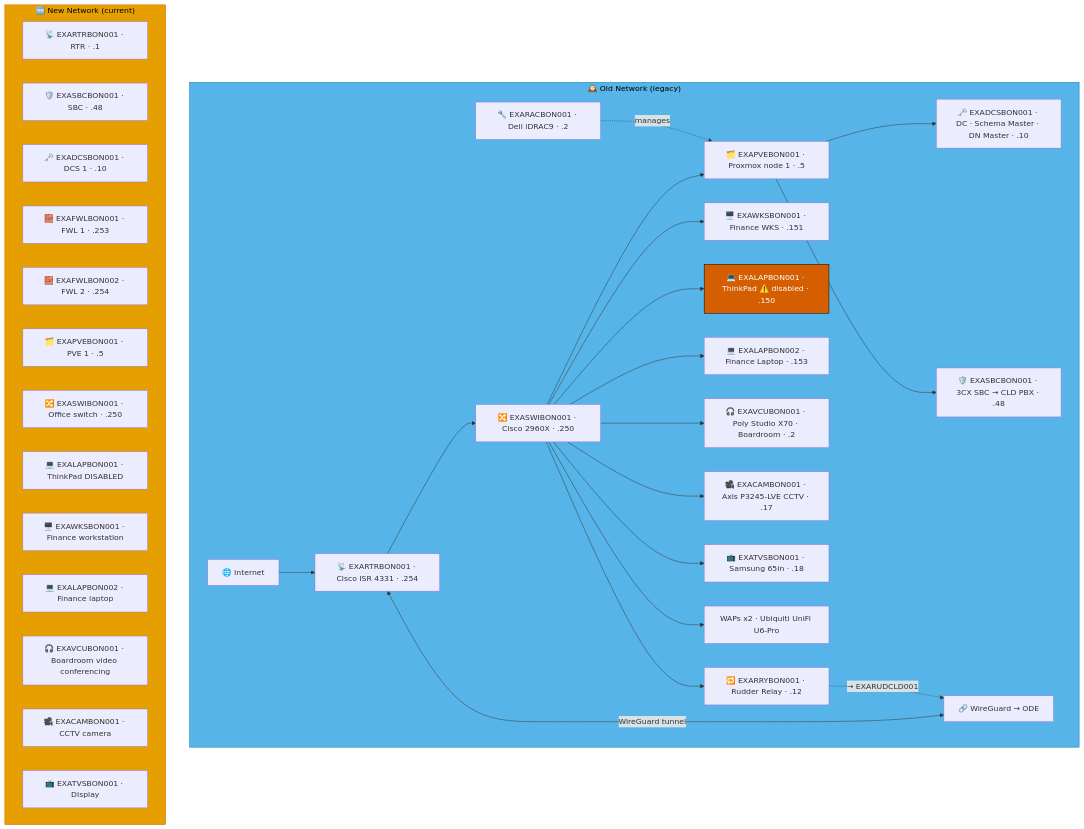
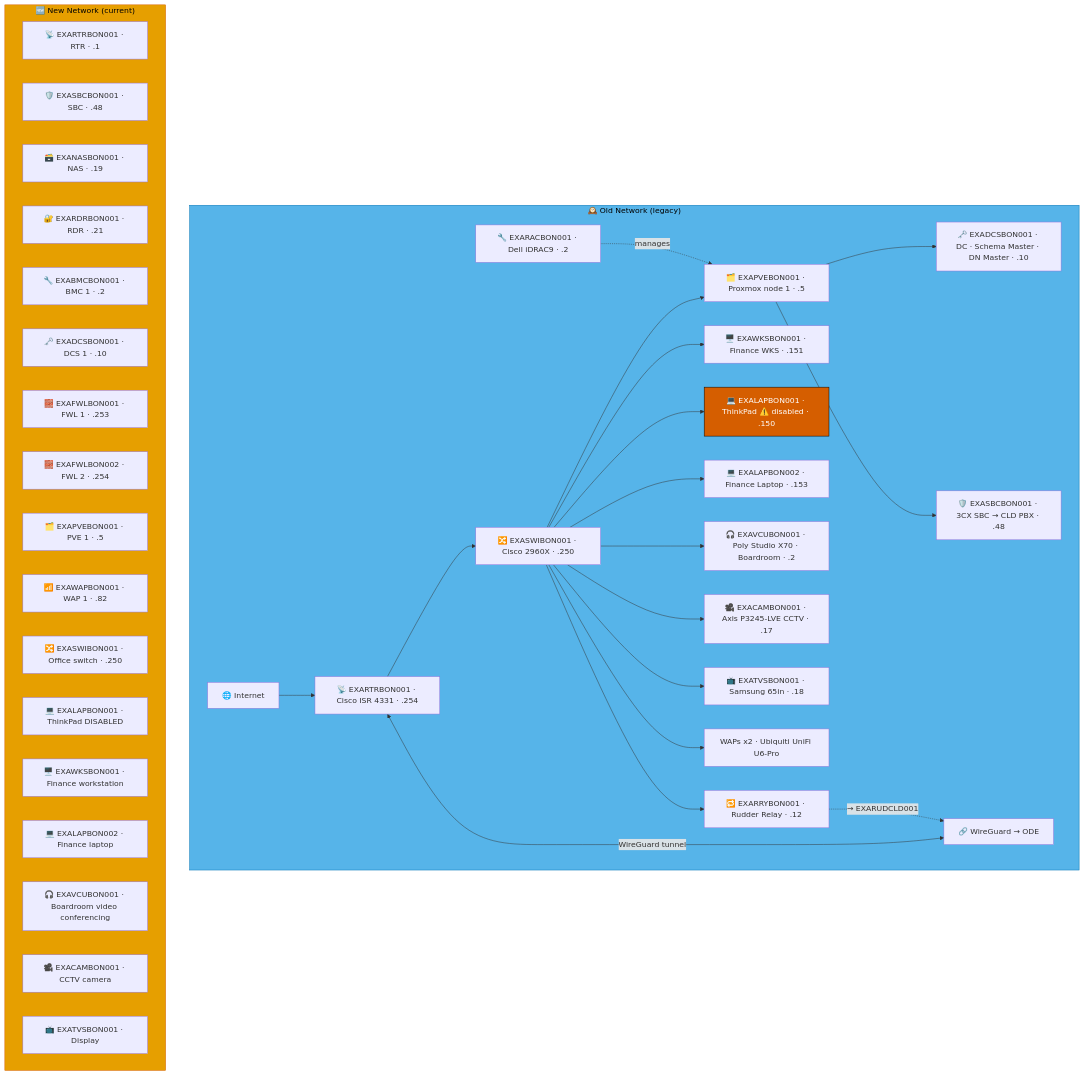
One commit to knightmare2600/example_music_infra changed the first of 5 diagrams in docs/network-diagram/deutschland.md. Above: the diagram before and after it, drawn with Mermaid. The commit also changed other lines of this file and 15 other files, not shown here.

````diff
--- a/docs/network-diagram/deutschland.md
+++ b/docs/network-diagram/deutschland.md
@@ -17,51 +17,55 @@
 ```mermaid
 graph TD
     subgraph OLD_BON ["🕰️ Old Network (legacy)"]
       INET["🌐 Internet"]
       SW["🔀 EXASWIBON001 · Cisco 2960X · .250"]
       RTR["📡 EXARTRBON001 · Cisco ISR 4331 · .254"]
       RAC["🔧 EXARACBON001 · Dell iDRAC9 · .2"]
       PVE["🗂️ EXAPVEBON001 · Proxmox node 1 · .5"]
       DC["🗝️ EXADCSBON001 · DC · Schema Master · DN Master · .10"]
       SBC["🛡️ EXASBCBON001 · 3CX SBC → CLD PBX · .48"]
       RRY["🔁 EXARRYBON001 · Rudder Relay · .12"]
       WKS["🖥️ EXAWKSBON001 · Finance WKS · .151"]
       LAP1["💻 EXALAPBON001 · ThinkPad ⚠️ disabled · .150"]
       LAP2["💻 EXALAPBON002 · Finance Laptop · .153"]
       VCU["🎧 EXAVCUBON001 · Poly Studio X70 · Boardroom · .2"]
       CAM["🎥 EXACAMBON001 · Axis P3245-LVE CCTV · .17"]
       TV["📺 EXATVSBON001 · Samsung 65in · .18"]
       WAP["WAPs x2 · Ubiquiti UniFi U6-Pro"]
       VPN["🔗 WireGuard → ODE"]
 
       INET --> RTR --> SW
       SW --> PVE --> DC & SBC
       RAC -.->|"manages"| PVE
       SW --> WKS & LAP1 & LAP2 & VCU & CAM & TV & WAP
       RTR <-->|"WireGuard tunnel"| VPN
 
       SW --> RRY
       RRY -. "→ EXARUDCLD001" .-> VPN
     end
     style OLD_BON fill:#56B4E9,stroke:#0072B2,color:#000000
     %% GENERATED:NEW-NETWORK:BON:START
     subgraph NEW_BON ["🆕 New Network (current)"]
       N_RTR["📡 EXARTRBON001 · RTR · .1"]
       N_SBC["🛡️ EXASBCBON001 · SBC · .48"]
+      N_NAS["🗃️ EXANASBON001 · NAS · .19"]
+      N_RDR["🔐 EXARDRBON001 · RDR · .21"]
+      N_BMC["🔧 EXABMCBON001 · BMC 1 · .2"]
       N_DCS["🗝️ EXADCSBON001 · DCS 1 · .10"]
       N_FWL["🧱 EXAFWLBON001 · FWL 1 · .253"]
       N_FWL2["🧱 EXAFWLBON002 · FWL 2 · .254"]
       N_PVE["🗂️ EXAPVEBON001 · PVE 1 · .5"]
+      N_WAP["📶 EXAWAPBON001 · WAP 1 · .82"]
       N_SWI["🔀 EXASWIBON001 · Office switch · .250"]
       N_LAP["💻 EXALAPBON001 · ThinkPad DISABLED"]
       N_WKS["🖥️ EXAWKSBON001 · Finance workstation"]
       N_LAP2["💻 EXALAPBON002 · Finance laptop"]
       N_VCU["🎧 EXAVCUBON001 · Boardroom video conferencing"]
       N_CAM["🎥 EXACAMBON001 · CCTV camera"]
       N_TVS["📺 EXATVSBON001 · Display"]
     end
     style NEW_BON fill:#E69F00,stroke:#D55E00,color:#000000
     %% GENERATED:NEW-NETWORK:BON:END
     classDef warn fill:#D55E00,stroke:#000000,color:#ffffff
     class LAP1 warn
 ```
````
